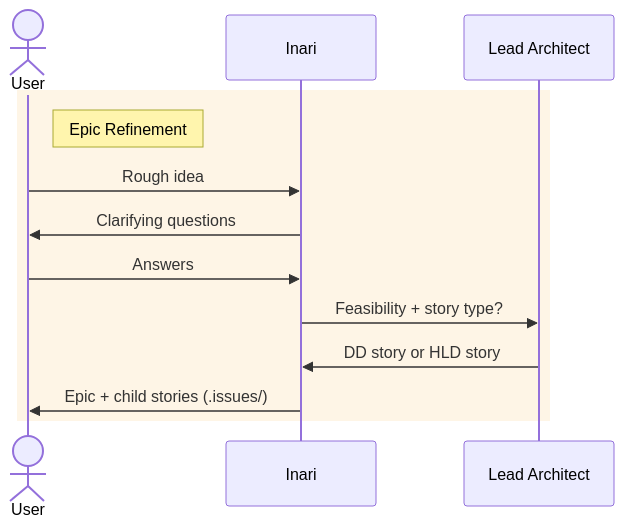
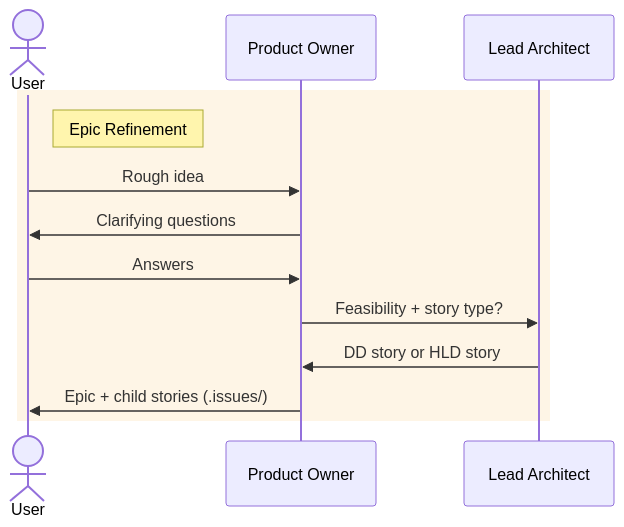
Before and after one commit to dragoscirjan/opencode-config: the second of 6 diagrams in README_DEV.md, drawn with Mermaid. The commit also changed other lines of this file and 105 other files, not shown here.

````diff
--- a/README_DEV.md
+++ b/README_DEV.md
@@ -85,16 +85,16 @@
 ```mermaid
 sequenceDiagram
     actor User
-    participant H as Inari
+    participant PO as Product Owner
     participant LA as Lead Architect
 
     rect rgb(245, 158, 11, 0.1)
     note right of User: Epic Refinement
-    User->>H: Rough idea
-    H->>User: Clarifying questions
-    User->>H: Answers
-    H->>LA: Feasibility + story type?
-    LA->>H: DD story or HLD story
-    H->>User: Epic + child stories (.issues/)
+    User->>PO: Rough idea
+    PO->>User: Clarifying questions
+    User->>PO: Answers
+    PO->>LA: Feasibility + story type?
+    LA->>PO: DD story or HLD story
+    PO->>User: Epic + child stories (.issues/)
     end
 ```
````
